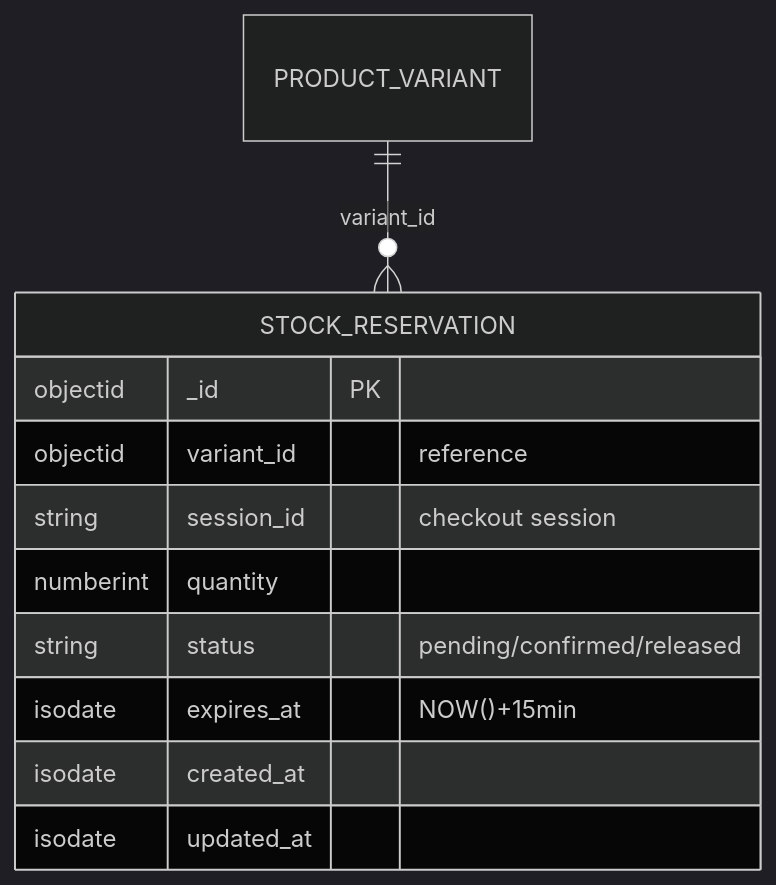
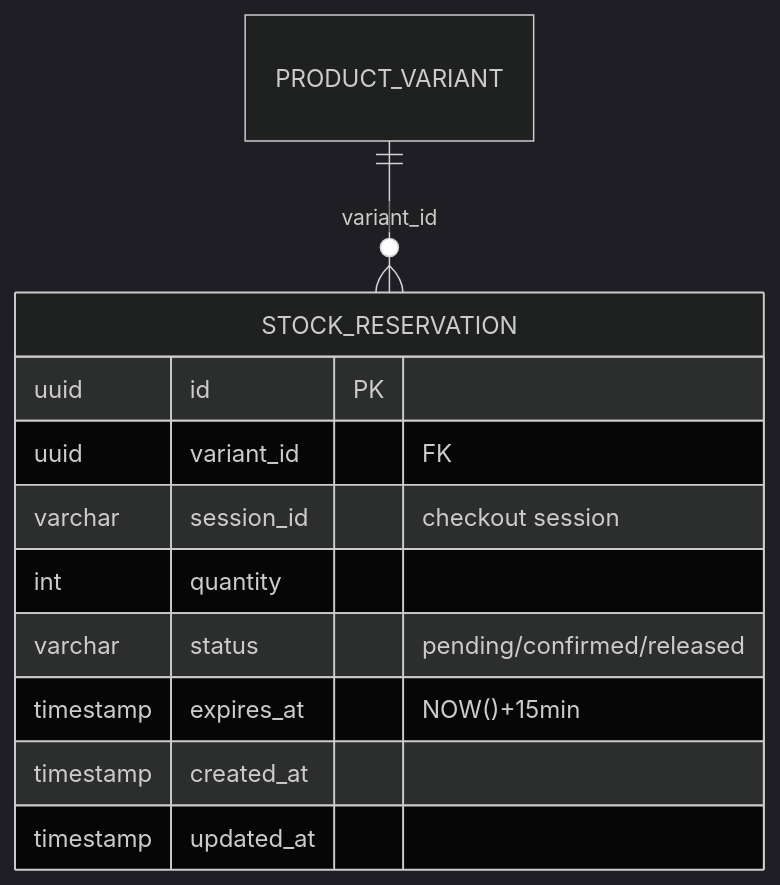
One commit to ldqanh1408/stealing-from-paradise changed the diagram in documents/data-models/product-service/entity-stock-reservation.md. Above: the diagram before and after it, drawn with Mermaid (dark theme). The commit also changed other lines of this file and 128 other files, not shown here.

````diff
--- a/documents/data-models/product-service/entity-stock-reservation.md
+++ b/documents/data-models/product-service/entity-stock-reservation.md
@@ -12,15 +12,15 @@
 ```mermaid
 erDiagram
     PRODUCT_VARIANT ||--o{ STOCK_RESERVATION : "variant_id"
 
     STOCK_RESERVATION {
-        objectid _id PK
-        objectid variant_id "reference"
-        string session_id "checkout session"
-        numberint quantity
-        string status "pending/confirmed/released"
-        isodate expires_at "NOW()+15min"
-        isodate created_at
-        isodate updated_at
+        uuid id PK
+        uuid variant_id "FK"
+        varchar session_id "checkout session"
+        int quantity
+        varchar status "pending/confirmed/released"
+        timestamp expires_at "NOW()+15min"
+        timestamp created_at
+        timestamp updated_at
     }
 ```
````
